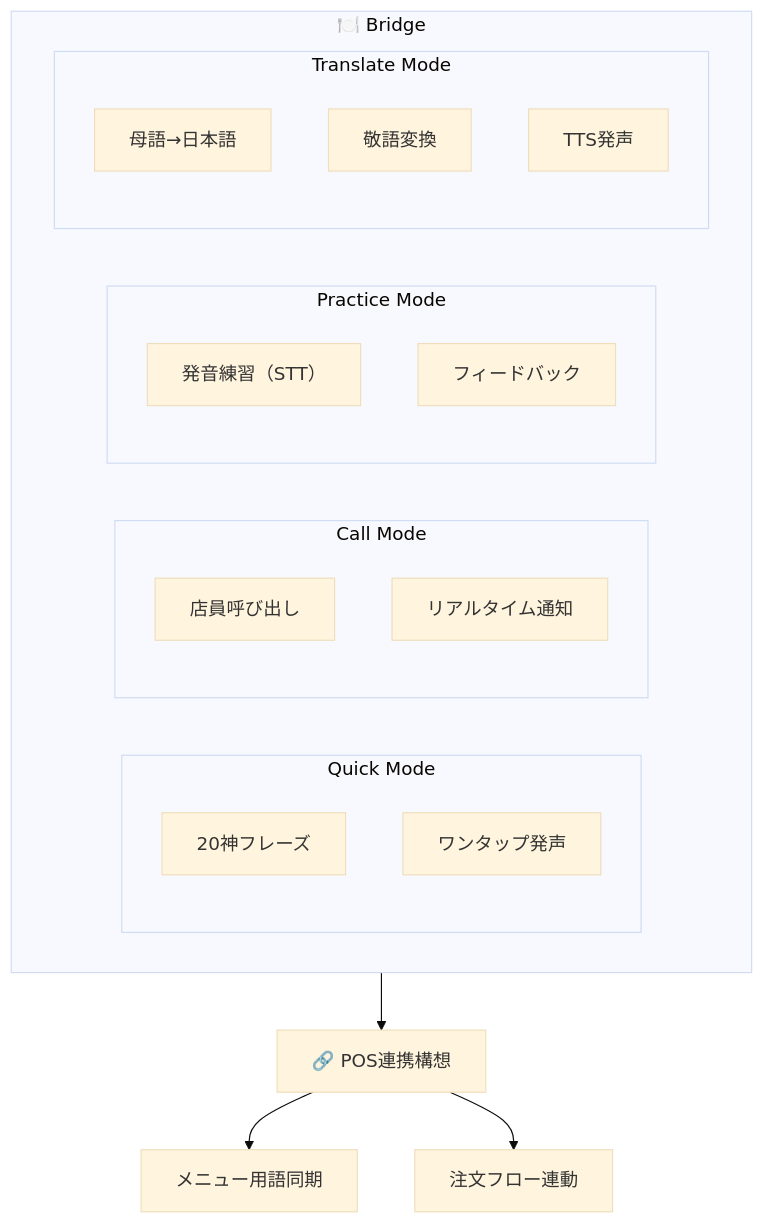
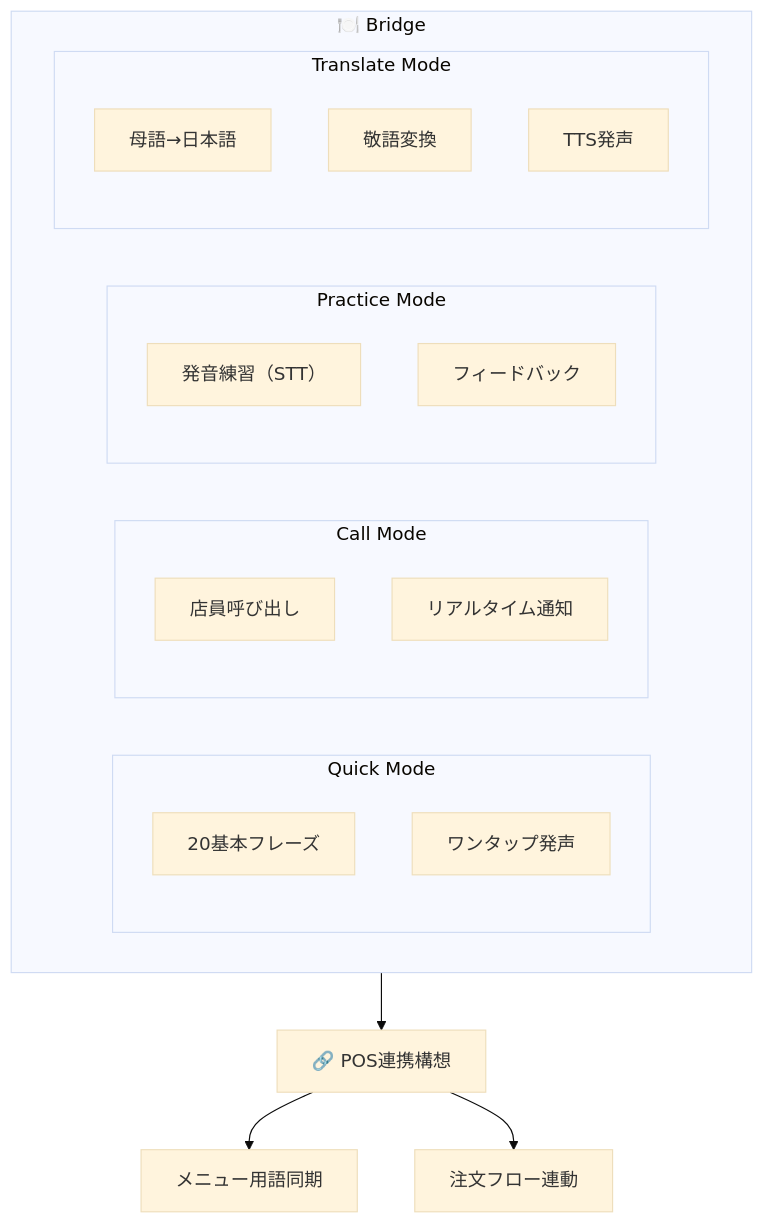
The third of 5 diagrams in README.md (koshikawa-masato/Bridge-Restaurant-Training), drawn with Mermaid (base theme) before and after one commit. The commit also changed other lines of this file and 1 other file, not shown here.

Commit message:
docs: replace 神フレーズ with 基本フレーズ

````diff
--- a/README.md
+++ b/README.md
@@ -181,26 +181,26 @@
 ```mermaid
 flowchart TB
     subgraph Bridge["🍽️ Bridge"]
         subgraph Quick["Quick Mode"]
-            Q1["20神フレーズ"]
+            Q1["20基本フレーズ"]
             Q2["ワンタップ発声"]
         end
         subgraph Call["Call Mode"]
             C1["店員呼び出し"]
             C2["リアルタイム通知"]
         end
         subgraph Practice["Practice Mode"]
             P1["発音練習（STT）"]
             P2["フィードバック"]
         end
         subgraph Translate["Translate Mode"]
             T1["母語→日本語"]
             T2["敬語変換"]
             T3["TTS発声"]
         end
     end
 
     Bridge --> POS["🔗 POS連携構想"]
     POS --> M1["メニュー用語同期"]
     POS --> M2["注文フロー連動"]
 ```
````
